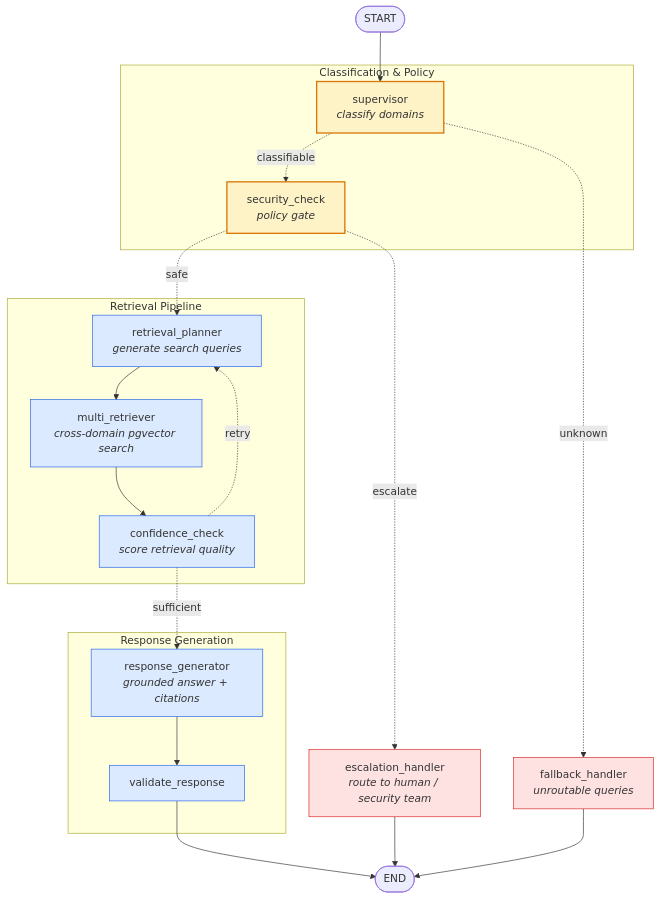
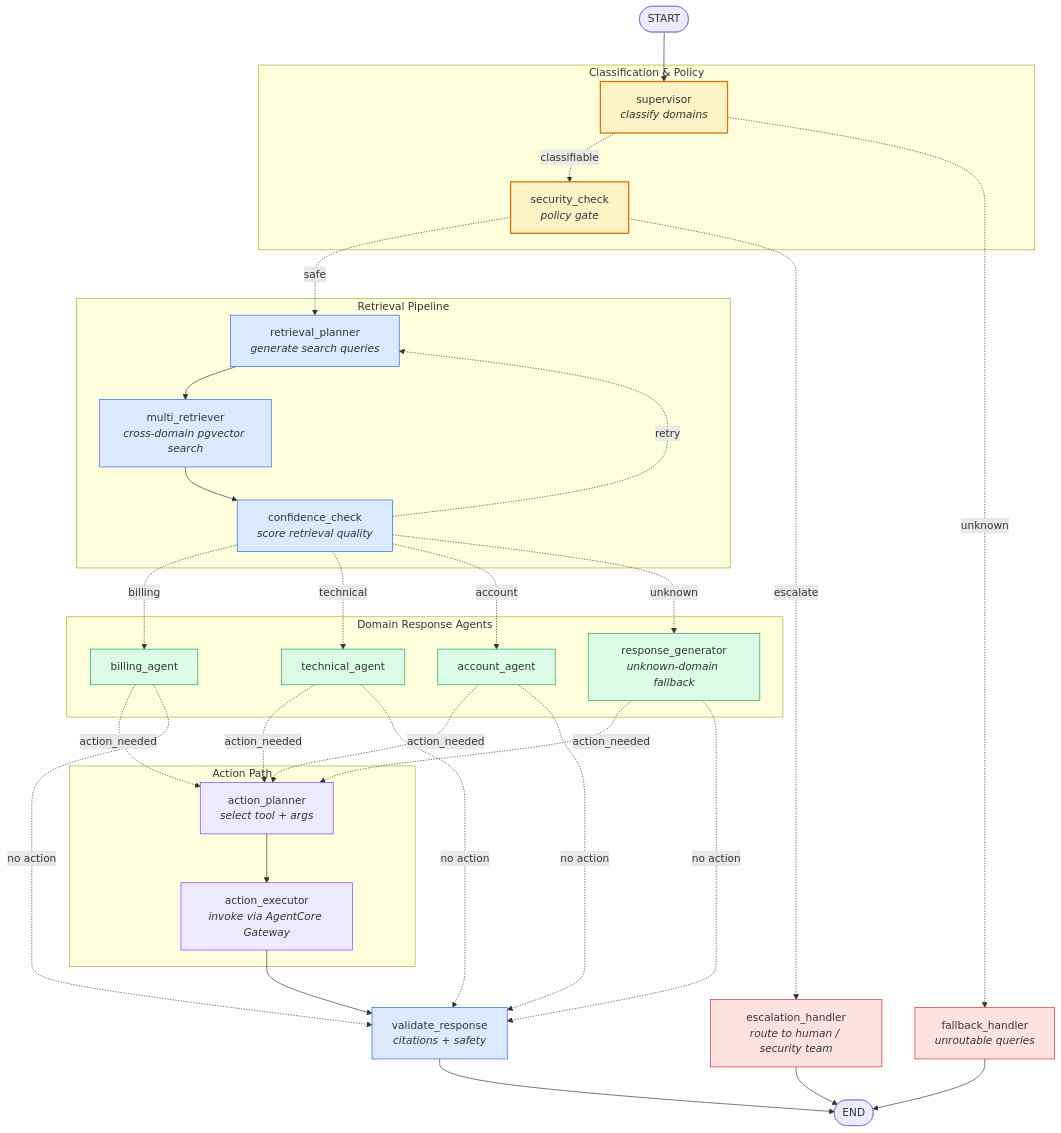
The diagram in docs/architecture/langgraph.mmd (thomptr/agentic-rag-support), drawn with Mermaid before and after one commit. The commit also changed 20 other files, not shown here.

```diff
--- a/docs/architecture/langgraph.mmd
+++ b/docs/architecture/langgraph.mmd
@@ -1,53 +1,79 @@
 %% LangGraph agent topology — agentic RAG support graph.
 %% Nodes returning langgraph.types.Command (conditional routing) are shown
 %% with dashed outgoing edges. Solid edges are unconditional.
 
 flowchart TD
     START([START]) --> supervisor
 
     subgraph classification[Classification & Policy]
         supervisor[supervisor<br/><i>classify domains</i>]
         security_check[security_check<br/><i>policy gate</i>]
     end
 
     subgraph retrieval[Retrieval Pipeline]
         retrieval_planner[retrieval_planner<br/><i>generate search queries</i>]
         multi_retriever[multi_retriever<br/><i>cross-domain pgvector search</i>]
         confidence_check[confidence_check<br/><i>score retrieval quality</i>]
     end
 
-    subgraph generation[Response Generation]
-        response_generator[response_generator<br/><i>grounded answer + citations</i>]
-        validate_response[validate_response]
+    subgraph domain_agents[Domain Response Agents]
+        billing_agent[billing_agent]
+        technical_agent[technical_agent]
+        account_agent[account_agent]
+        response_generator[response_generator<br/><i>unknown-domain fallback</i>]
     end
 
+    subgraph action[Action Path]
+        action_planner[action_planner<br/><i>select tool + args</i>]
+        action_executor[action_executor<br/><i>invoke via AgentCore Gateway</i>]
+    end
+
+    validate_response[validate_response<br/><i>citations + safety</i>]
     fallback_handler[fallback_handler<br/><i>unroutable queries</i>]
     escalation_handler[escalation_handler<br/><i>route to human / security team</i>]
 
     END_NODE([END])
 
     supervisor -.->|classifiable| security_check
     supervisor -.->|unknown| fallback_handler
 
     security_check -.->|safe| retrieval_planner
     security_check -.->|escalate| escalation_handler
 
     retrieval_planner --> multi_retriever
     multi_retriever --> confidence_check
 
     confidence_check -.->|retry| retrieval_planner
-    confidence_check -.->|sufficient| response_generator
+    confidence_check -.->|billing| billing_agent
+    confidence_check -.->|technical| technical_agent
+    confidence_check -.->|account| account_agent
+    confidence_check -.->|unknown| response_generator
 
-    response_generator --> validate_response
+    billing_agent -.->|action_needed| action_planner
+    technical_agent -.->|action_needed| action_planner
+    account_agent -.->|action_needed| action_planner
+    response_generator -.->|action_needed| action_planner
+
+    billing_agent -.->|no action| validate_response
+    technical_agent -.->|no action| validate_response
+    account_agent -.->|no action| validate_response
+    response_generator -.->|no action| validate_response
+
+    action_planner --> action_executor
+    action_executor --> validate_response
+
     validate_response --> END_NODE
-
     fallback_handler --> END_NODE
     escalation_handler --> END_NODE
 
     classDef policyNode fill:#fef3c7,stroke:#d97706,stroke-width:2px
     classDef pipelineNode fill:#dbeafe,stroke:#2563eb,stroke-width:1px
+    classDef domainNode fill:#dcfce7,stroke:#16a34a,stroke-width:1px
+    classDef actionNode fill:#ede9fe,stroke:#7c3aed,stroke-width:1px
     classDef terminalNode fill:#fee2e2,stroke:#dc2626,stroke-width:1px
 
     class supervisor,security_check policyNode
-    class retrieval_planner,multi_retriever,confidence_check,response_generator,validate_response pipelineNode
+    class retrieval_planner,multi_retriever,confidence_check,validate_response pipelineNode
+    class billing_agent,technical_agent,account_agent,response_generator domainNode
+    class action_planner,action_executor actionNode
     class fallback_handler,escalation_handler terminalNode
```
